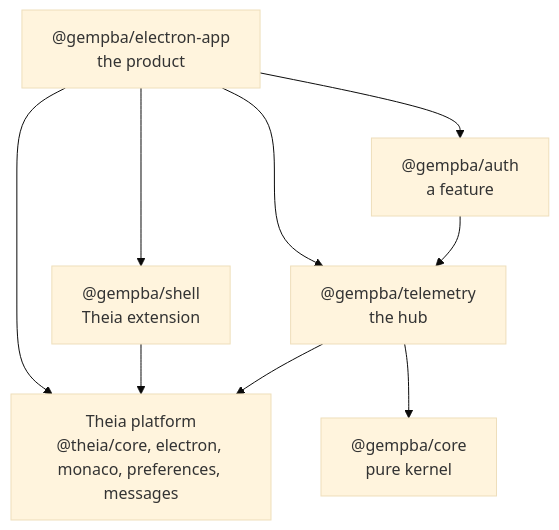
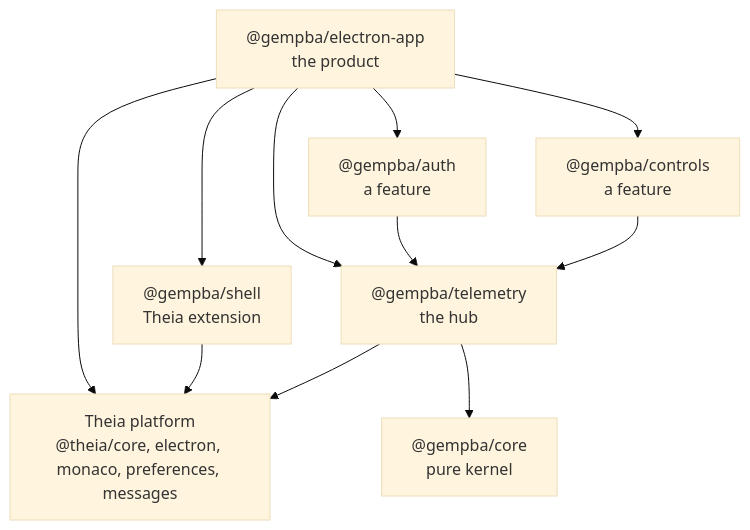
The second of 3 diagrams in ARCHITECTURE.md (rapastranac/gempba-dashboard), drawn with Mermaid (base theme) before and after one commit. The commit also changed other lines of this file, not shown here.

First line of the commit message:
#27 Document the controls extension in ARCHITECTURE.md

````diff
--- a/ARCHITECTURE.md
+++ b/ARCHITECTURE.md
@@ -68,17 +72,20 @@
 ```mermaid
 flowchart TB
     app["@gempba/electron-app<br/>the product"]
     shell["@gempba/shell<br/>Theia extension"]
     telemetry["@gempba/telemetry<br/>the hub"]
     auth["@gempba/auth<br/>a feature"]
+    controls["@gempba/controls<br/>a feature"]
     core["@gempba/core<br/>pure kernel"]
     theia["Theia platform<br/>@theia/core, electron, monaco, preferences, messages"]
     app --> shell
     app --> auth
+    app --> controls
     app --> telemetry
     app --> theia
     auth --> telemetry
+    controls --> telemetry
     shell --> theia
     telemetry --> core
     telemetry --> theia
 ```
````
